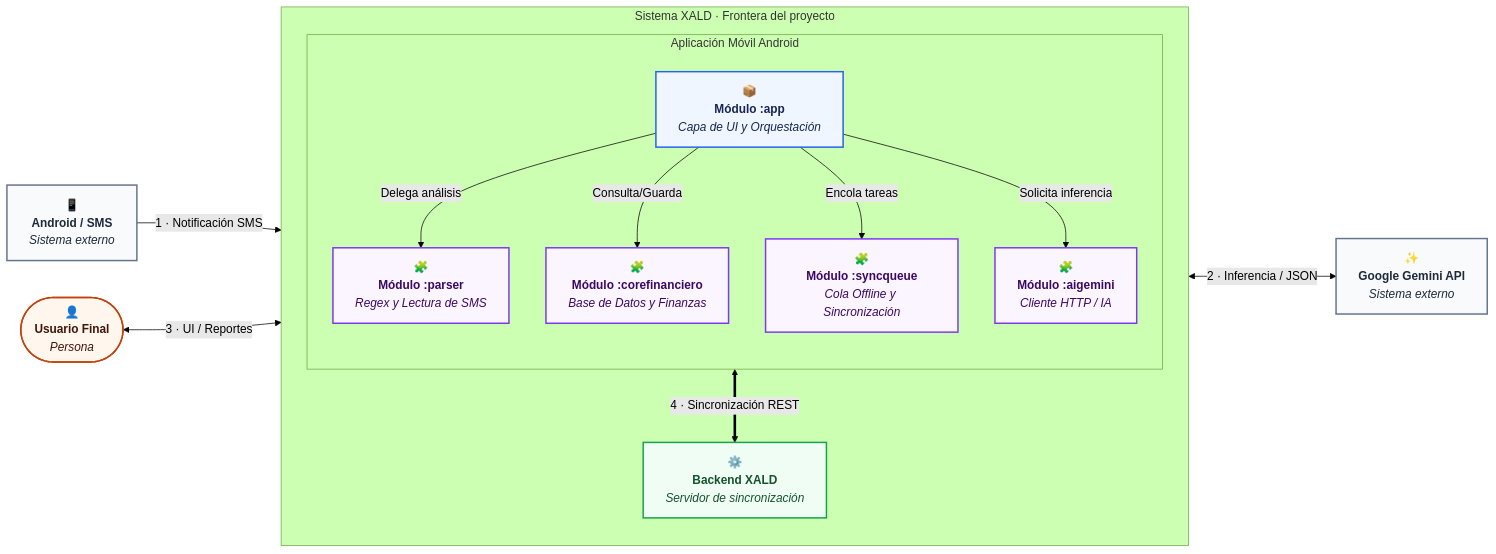
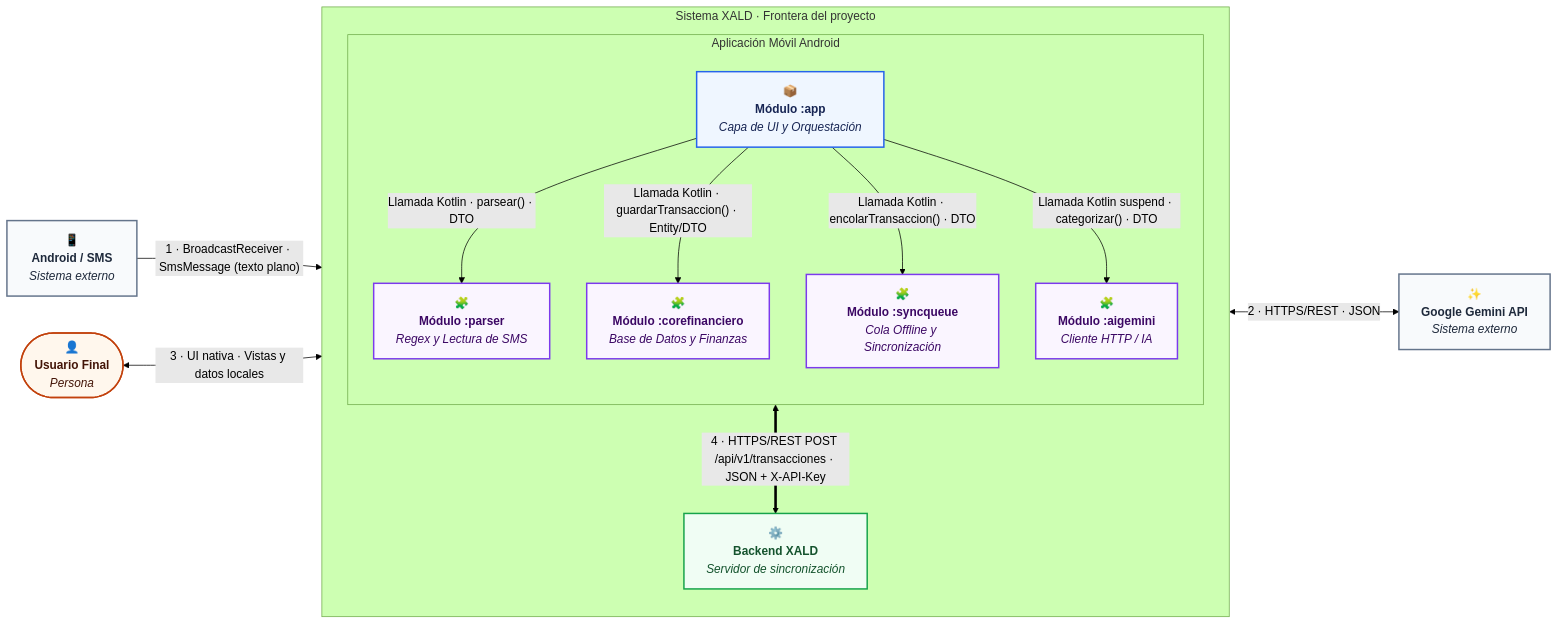
Before and after one commit to ISCOUTB/AS_202620_XALD: the diagram in docs/c4/c2.md, drawn with Mermaid (forest theme). The commit also changed other lines of this file, not shown here.

First line of the commit message:
Revise interaction flow and connector descriptions

````diff
--- a/docs/c4/c2.md
+++ b/docs/c4/c2.md
@@ -3,43 +3,43 @@
 ```mermaid
 flowchart LR
     User(["👤<br/><b>Usuario Final</b><br/><i>Persona</i>"])
     Android["📱<br/><b>Android / SMS</b><br/><i>Sistema externo</i>"]
     Gemini["✨<br/><b>Google Gemini API</b><br/><i>Sistema externo</i>"]
 
     subgraph sistema["Sistema XALD · Frontera del proyecto"]
         direction TB
         
         subgraph app_group["Aplicación Móvil Android"]
             direction TB
             App["📦<br/><b>Módulo :app</b><br/><i>Capa de UI y Orquestación</i>"]
             Parser["🧩<br/><b>Módulo :parser</b><br/><i>Regex y Lectura de SMS</i>"]
             Core["🧩<br/><b>Módulo :corefinanciero</b><br/><i>Base de Datos y Finanzas</i>"]
             Sync["🧩<br/><b>Módulo :syncqueue</b><br/><i>Cola Offline y Sincronización</i>"]
             AI["🧩<br/><b>Módulo :aigemini</b><br/><i>Cliente HTTP / IA</i>"]
         end
 
         Backend["⚙️<br/><b>Backend XALD</b><br/><i>Servidor de sincronización</i>"]
 
-        App -->|"Delega análisis"| Parser
-        App -->|"Consulta/Guarda"| Core
-        App -->|"Encola tareas"| Sync
-        App -->|"Solicita inferencia"| AI
-        Sync <==>|"4 · Sincronización REST"| Backend
+        App -->|"Llamada Kotlin · parsear() · DTO"| Parser
+        App -->|"Llamada Kotlin · guardarTransaccion() · Entity/DTO"| Core
+        App -->|"Llamada Kotlin · encolarTransaccion() · DTO"| Sync
+        App -->|"Llamada Kotlin suspend · categorizar() · DTO"| AI
+        Sync <==>|"4 · HTTPS/REST POST /api/v1/transacciones · JSON + X-API-Key"| Backend
     end
 
-    Android -->|"1 · Notificación SMS"| App
-    AI <-->|"2 · Inferencia / JSON"| Gemini
-    User <-->|"3 · UI / Reportes"| App
+    Android -->|"1 · BroadcastReceiver · SmsMessage (texto plano)"| App
+    AI <-->|"2 · HTTPS/REST · JSON"| Gemini
+    User <-->|"3 · UI nativa · Vistas y datos locales"| App
 
     classDef person fill:#fff7ed,stroke:#c2410c,stroke-width:2px,color:#431407
     classDef central fill:#eff6ff,stroke:#2563eb,stroke-width:2px,color:#172554
     classDef module fill:#faf5ff,stroke:#7c3aed,stroke-width:2px,color:#3b0764
     classDef backend fill:#f0fdf4,stroke:#16a34a,stroke-width:2px,color:#14532d
     classDef external fill:#f8fafc,stroke:#64748b,stroke-width:2px,color:#1e293b
 
     class User person
     class App central
     class Parser,Core,Sync,AI module
     class Backend backend
     class Android,Gemini external
 ```
````
